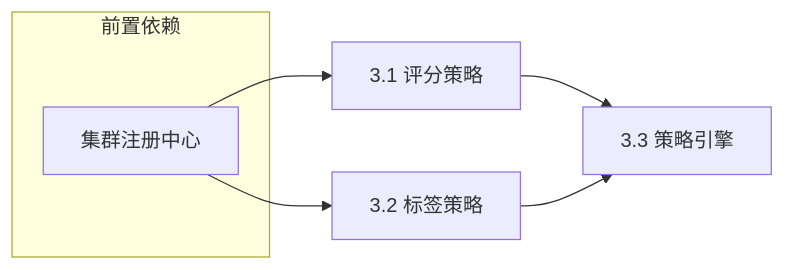
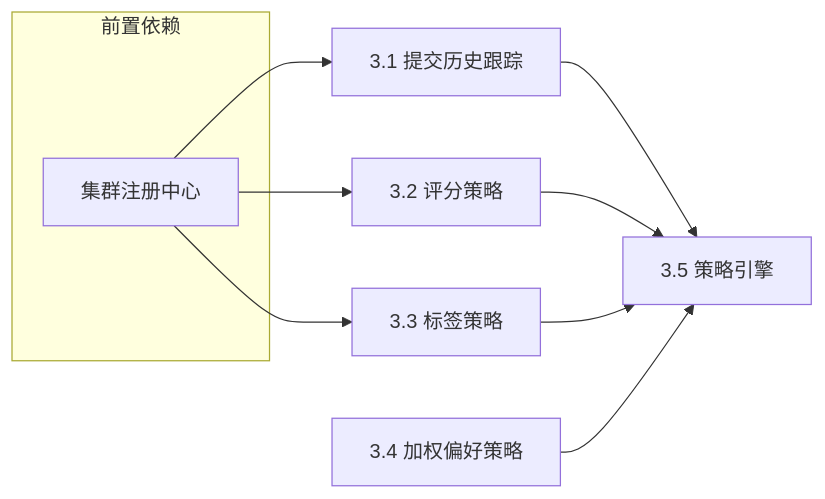
One commit to zorro-gridi/ray_multicluster_scheduler changed the fourth of 6 diagrams in depOps.md. Above: the diagram before and after it, drawn with Mermaid. The commit also changed other lines of this file and 131 other files, not shown here.

````diff
--- a/depOps.md
+++ b/depOps.md
@@ -409,11 +623,14 @@
 ```mermaid
 flowchart LR
     subgraph Phase2 [前置依赖]
         P2[集群注册中心]
     end
 
     P2 --> A;
     P2 --> B;
-    A[3.1 评分策略] --> C[3.3 策略引擎];
-    B[3.2 标签策略] --> C;
+    P2 --> C;
+    A[3.1 提交历史跟踪] --> E[3.5 策略引擎];
+    B[3.2 评分策略] --> E;
+    C[3.3 标签策略] --> E;
+    D[3.4 加权偏好策略] --> E;
 ```
````
